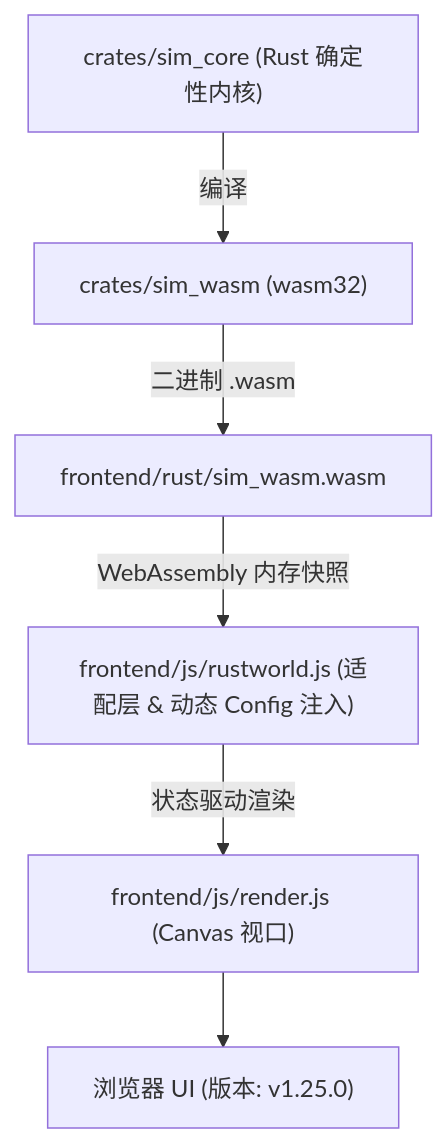
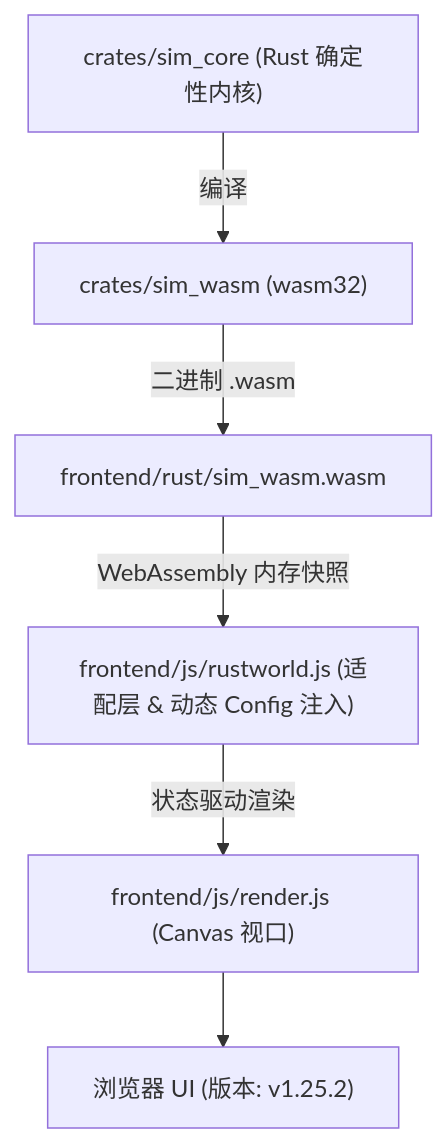
The diagram in AGENTS.md (g39088902/FlowAndAccord), drawn with Mermaid before and after one commit. The commit also changed other lines of this file and 10 other files, not shown here.

````diff
--- a/AGENTS.md
+++ b/AGENTS.md
@@ -51,8 +51,8 @@
 ```mermaid
 graph TD
     A["crates/sim_core (Rust 确定性内核)"] -->|编译| B["crates/sim_wasm (wasm32)"]
     B -->|二进制 .wasm| C["frontend/rust/sim_wasm.wasm"]
     C -->|WebAssembly 内存快照| D["frontend/js/rustworld.js (适配层 & 动态 Config 注入)"]
     D -->|状态驱动渲染| E["frontend/js/render.js (Canvas 视口)"]
-    E --> F["浏览器 UI (版本: v1.25.0)"]
+    E --> F["浏览器 UI (版本: v1.25.2)"]
 ```
````
